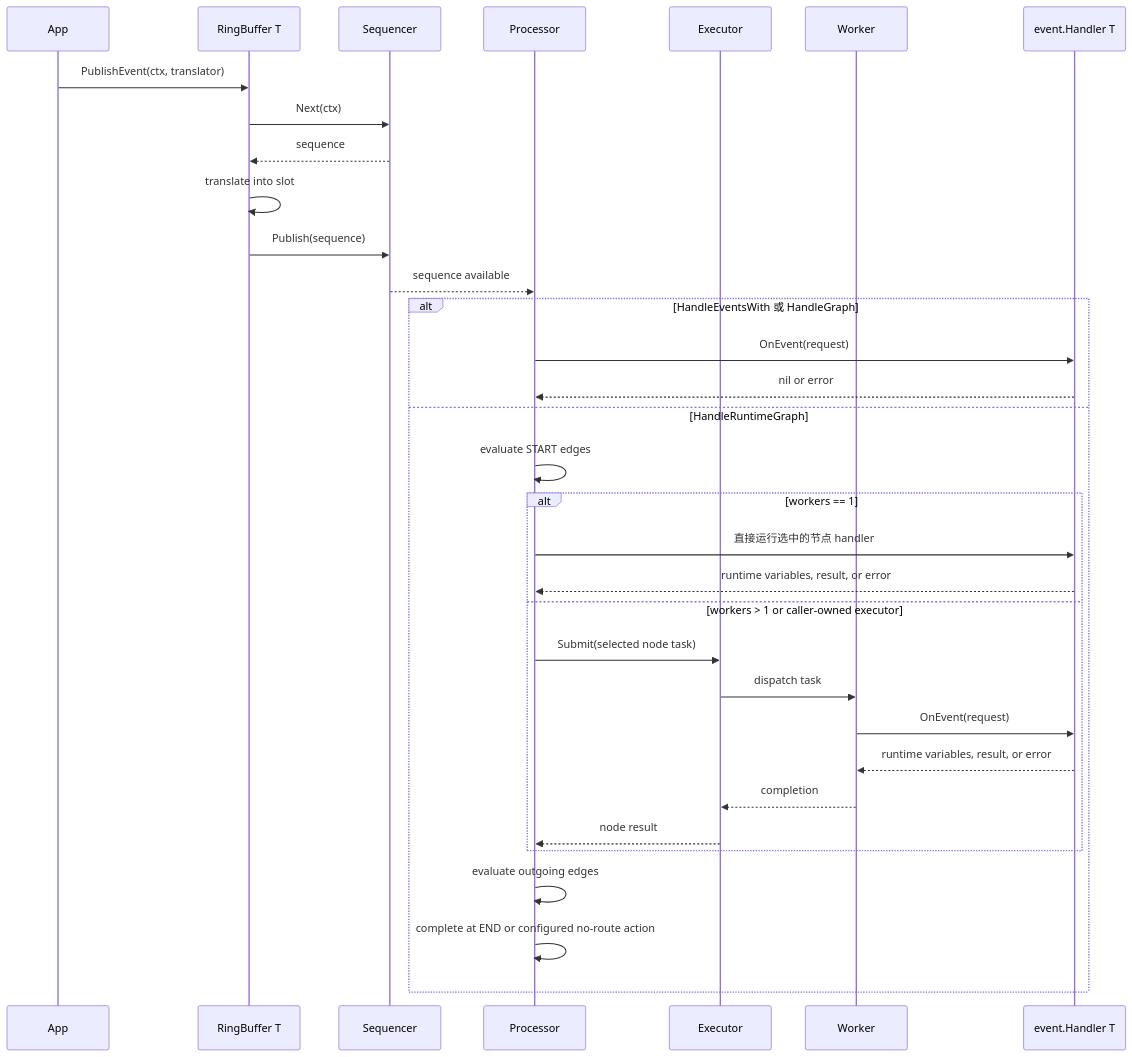
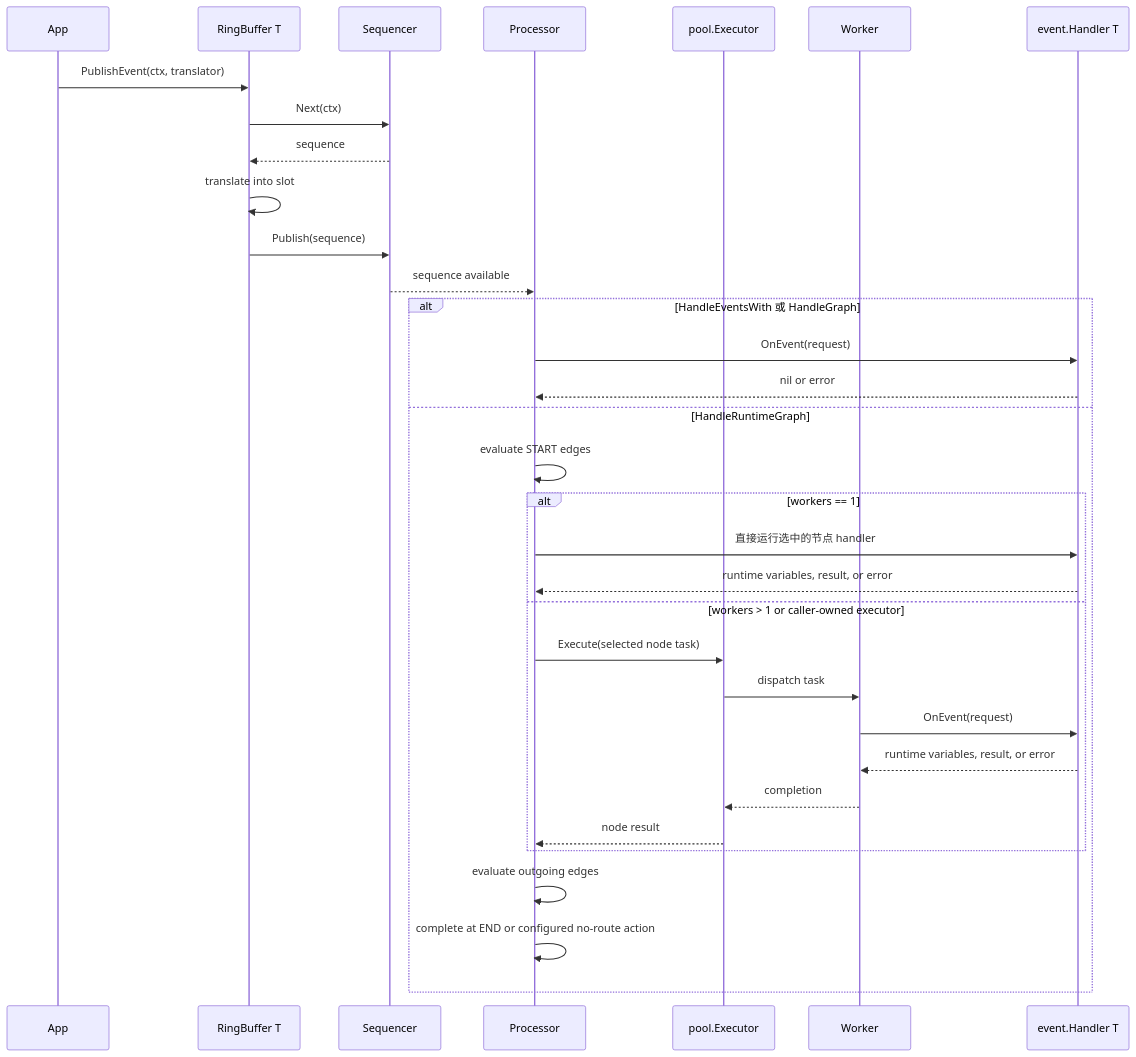
The second of 5 diagrams in README.zh-CN.md (photowey/disruptor.go), drawn with Mermaid before and after one commit. The commit also changed other lines of this file and 32 other files, not shown here.

Commit message:
refactor: use pool.go for runtime graph execution

````diff
--- a/README.zh-CN.md
+++ b/README.zh-CN.md
@@ -227,36 +216,36 @@
 ```mermaid
 sequenceDiagram
     participant App
     participant RB as RingBuffer T
     participant Seq as Sequencer
     participant Proc as Processor
-    participant Exec as Executor
+    participant Exec as pool.Executor
     participant W as Worker
     participant H as event.Handler T
 
     App->>RB: PublishEvent(ctx, translator)
     RB->>Seq: Next(ctx)
     Seq-->>RB: sequence
     RB->>RB: translate into slot
     RB->>Seq: Publish(sequence)
     Seq-->>Proc: sequence available
     alt HandleEventsWith 或 HandleGraph
         Proc->>H: OnEvent(request)
         H-->>Proc: nil or error
     else HandleRuntimeGraph
         Proc->>Proc: evaluate START edges
         alt workers == 1
             Proc->>H: 直接运行选中的节点 handler
             H-->>Proc: runtime variables, result, or error
         else workers > 1 or caller-owned executor
-            Proc->>Exec: Submit(selected node task)
+            Proc->>Exec: Execute(selected node task)
             Exec->>W: dispatch task
             W->>H: OnEvent(request)
             H-->>W: runtime variables, result, or error
             W-->>Exec: completion
             Exec-->>Proc: node result
         end
         Proc->>Proc: evaluate outgoing edges
         Proc->>Proc: complete at END or configured no-route action
     end
 ```
````
